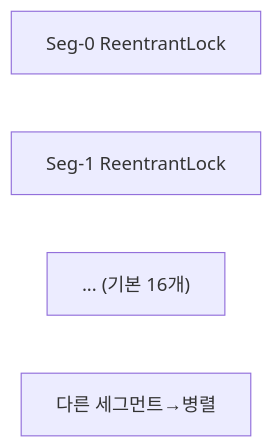
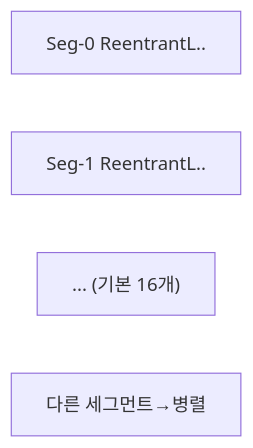
One commit to yjkim2015/yjkim2015.github.io changed diagram 14 of 21 in _posts/java/2026-05-01-java-collections.md. Above: the diagram before and after it, drawn with Mermaid. The commit also changed other lines of this file and 149 other files, not shown here.

First line of the commit message:
Mermaid 가독성 개선: 라벨 축약, 노드 축소, TD→LR 변환

````diff
--- a/_posts/java/2026-05-01-java-collections.md
+++ b/_posts/java/2026-05-01-java-collections.md
@@ -591,7 +584,7 @@
 ```mermaid
 graph LR
-    S0["Seg-0 ReentrantLock"]
-    S1["Seg-1 ReentrantLock"]
+    S0["Seg-0 ReentrantL.."]
+    S1["Seg-1 ReentrantL.."]
     SD["... (기본 16개)"]
     NOTE["다른 세그먼트→병렬"]
 ```
````
